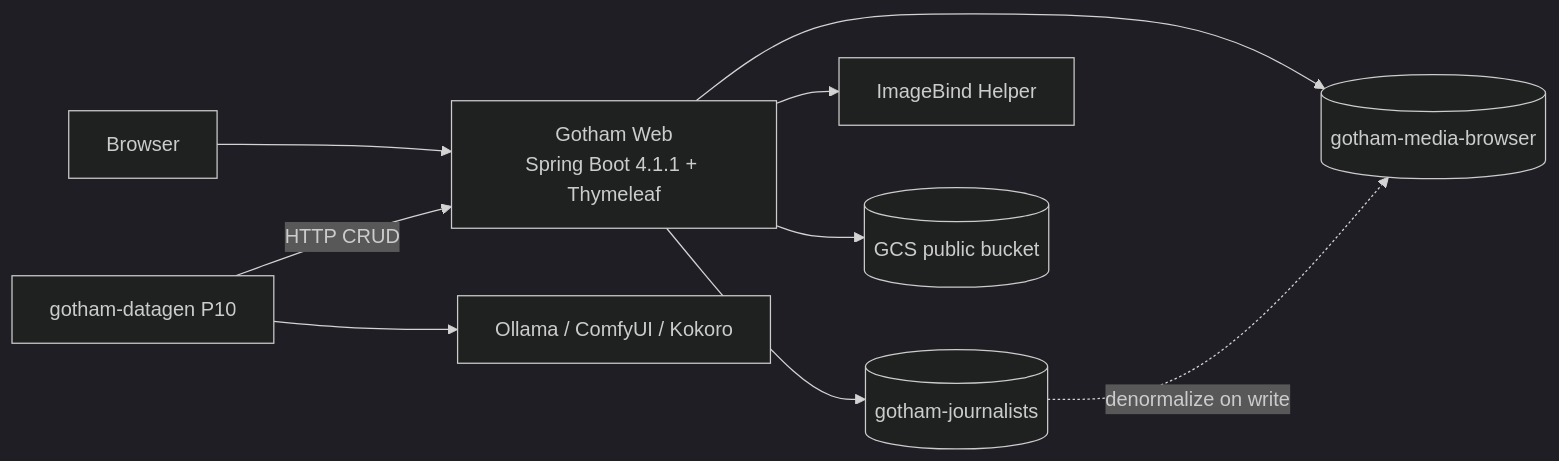
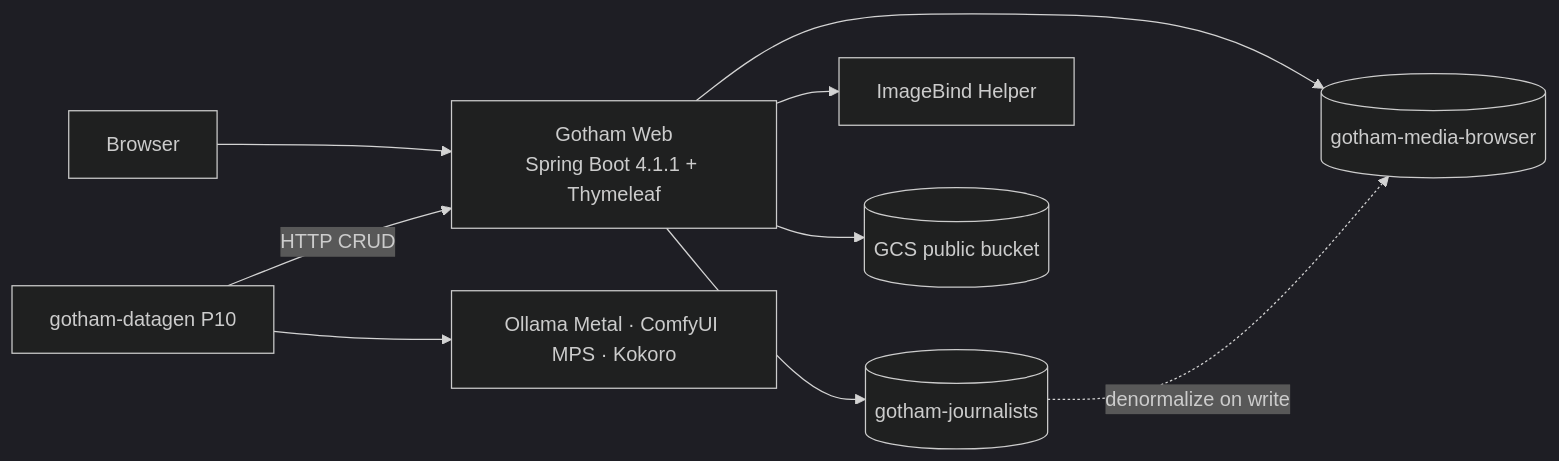
Before and after one commit to bigfito/gotham-media-browser: the diagram in docs/architecture-components.md, drawn with Mermaid (dark theme). The commit also changed other lines of this file and 6 other files, not shown here.

````diff
--- a/docs/architecture-components.md
+++ b/docs/architecture-components.md
@@ -40,11 +41,11 @@
 ```mermaid
 flowchart LR
   U[Browser] --> WEB[Gotham Web<br/>Spring Boot 4.1.1 + Thymeleaf]
   DG[gotham-datagen P10] -->|HTTP CRUD| WEB
-  DG --> HELPERS[Ollama / ComfyUI / Kokoro]
+  DG --> HELPERS[Ollama Metal · ComfyUI MPS · Kokoro]
   WEB --> JI[(gotham-journalists)]
   WEB --> AI[(gotham-media-browser)]
   WEB --> IB[ImageBind Helper]
   WEB --> GCS[(GCS public bucket)]
   JI -.->|denormalize on write| AI
 ```
````
